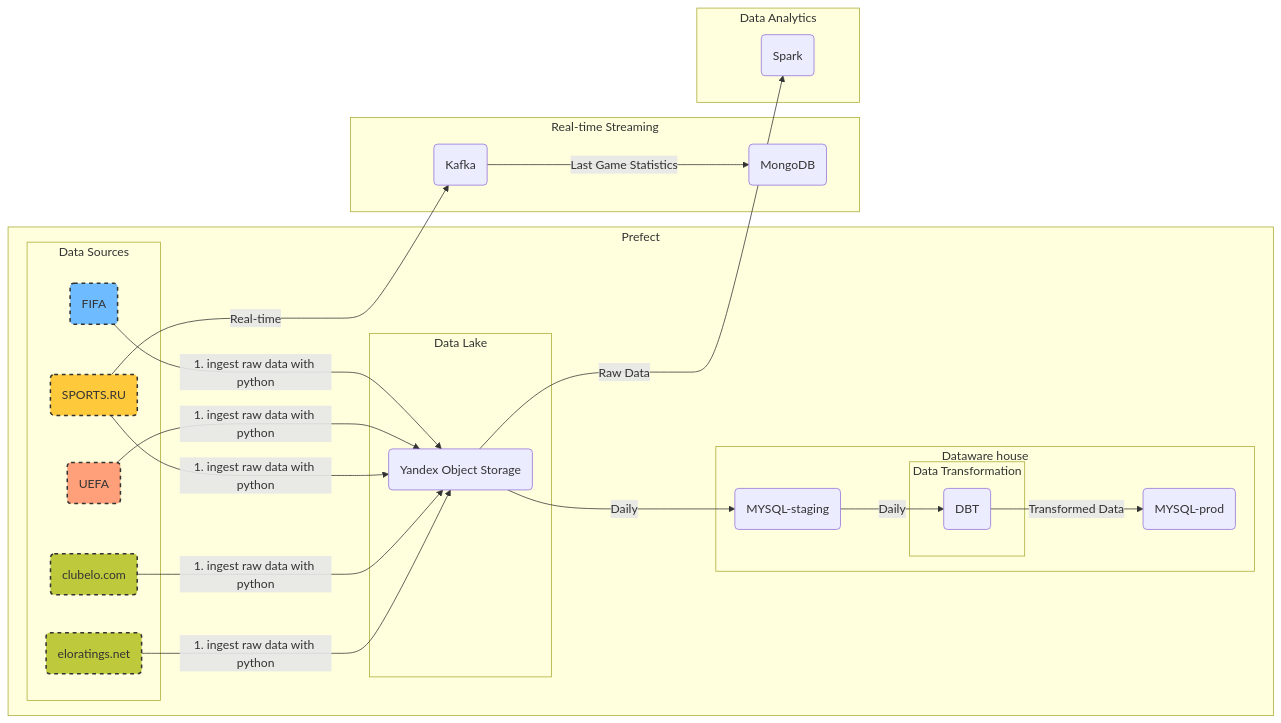
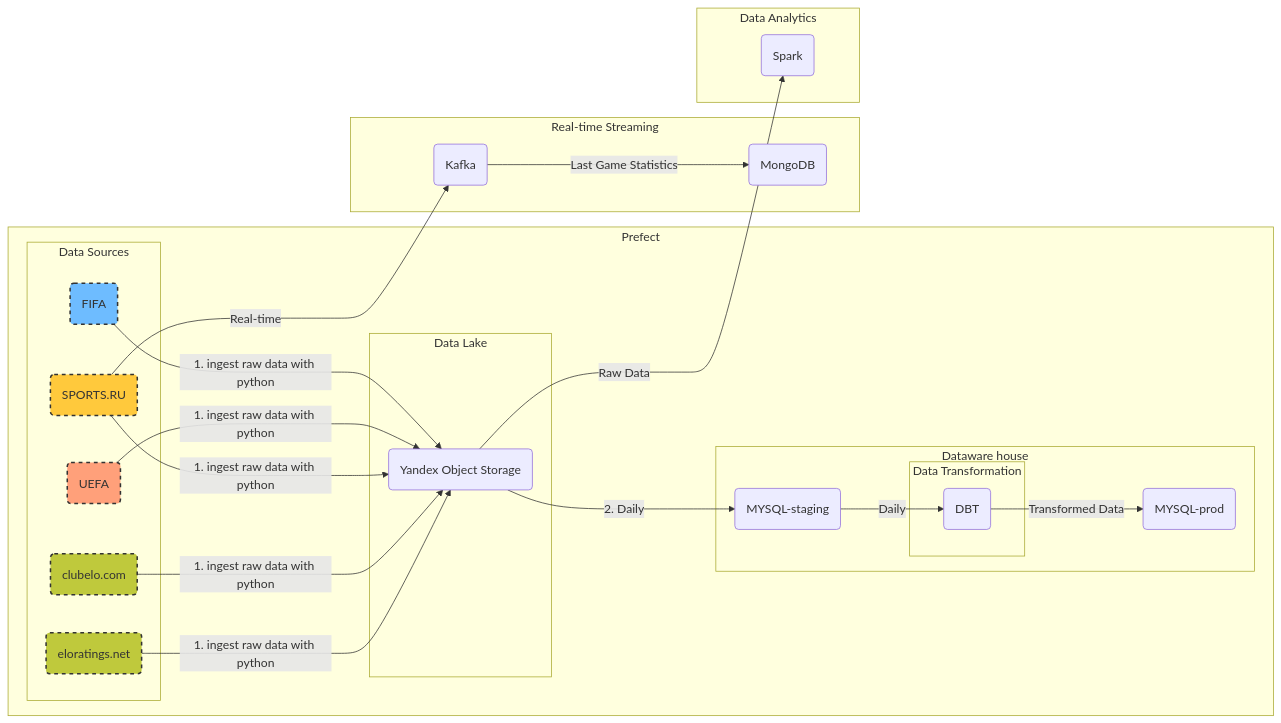
The first of 2 diagrams in README.md (DonaldWipper/Football-Tournaments-Data-Archive), drawn with Mermaid before and after one commit. The commit also changed other lines of this file and 21 other files, not shown here.

````diff
--- a/README.md
+++ b/README.md
@@ -50,56 +54,56 @@
 ```mermaid
 flowchart LR
 
 style A fill:#6ebcff,stroke:#333,stroke-width:2px,stroke-dasharray: 5, 5;
 style B fill:#ffa07a,stroke:#333,stroke-width:2px,stroke-dasharray: 5, 5;
 style C fill:#ffc93c,stroke:#333,stroke-width:2px,stroke-dasharray: 5, 5;
 style S fill:#bfc93c,stroke:#333,stroke-width:2px,stroke-dasharray: 5, 5;
 style Y fill:#bfc93c,stroke:#333,stroke-width:2px,stroke-dasharray: 5, 5;
 
 subgraph "Prefect"
 subgraph "Data Sources"
 A(FIFA)
 B(UEFA)
 C(SPORTS.RU)
 S(clubelo.com)
 Y(eloratings.net)
 end
 
 
 
     subgraph "Data Lake"
         E(Yandex Object Storage)
         
     end
 
     subgraph "Dataware house"
         F(MYSQL-staging)
         subgraph "Data Transformation"
         G(DBT)
         end
         L(MYSQL-prod)
     end
 end
 
 
 subgraph "Real-time Streaming"
 H(Kafka)
 I(MongoDB)
 end
 
 subgraph "Data Analytics"
 J(Spark)
 end
 
 A -- 1. ingest raw data with python--> E 
 B -- 1. ingest raw data with python--> E
 C -- 1. ingest raw data with python--> E
 S -- 1. ingest raw data with python--> E
 Y -- 1. ingest raw data with python--> E
-E -- Daily --> F
+E -- 2. Daily --> F
 F -- Daily --> G
 G -- Transformed Data --> L
 C -- Real-time --> H
 H -- Last Game Statistics  --> I
 E -- Raw Data --> J
 ```
````
